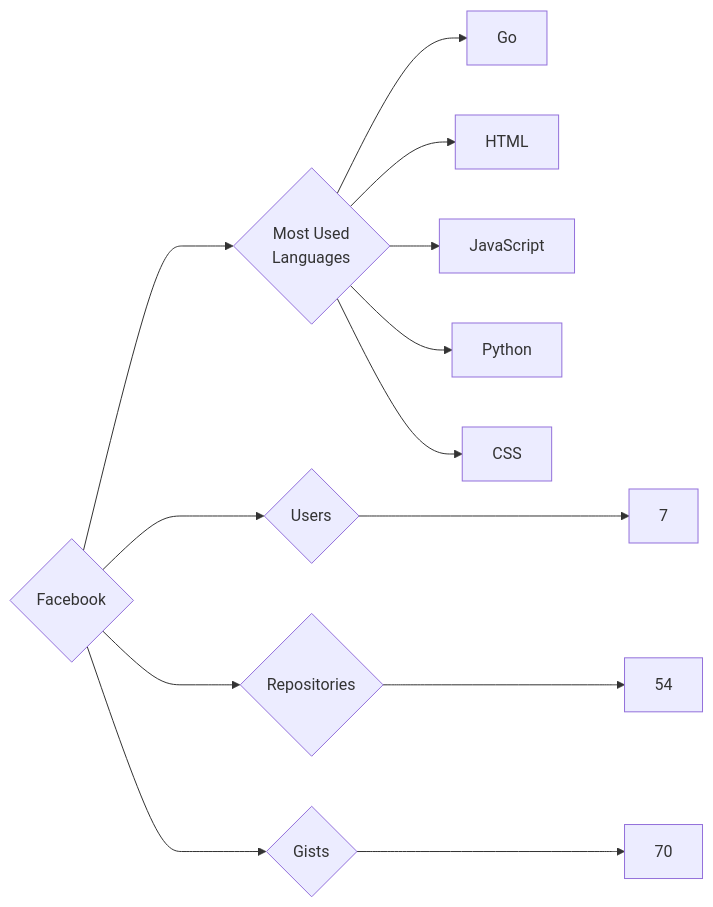
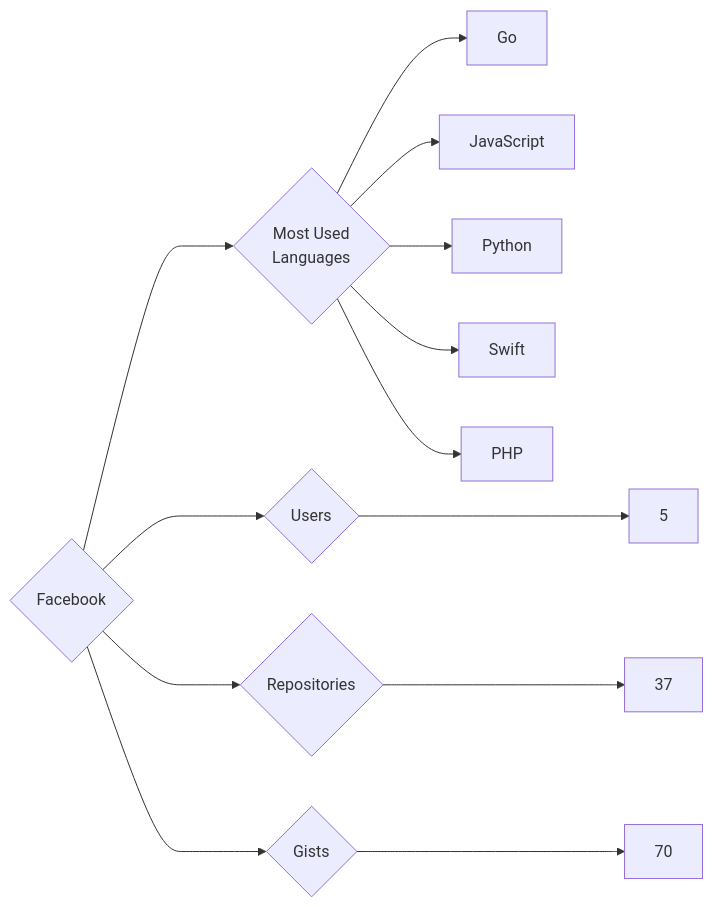
One commit to trickest/insiders changed the diagram in targets/Facebook/README.md. Above: the diagram before and after it, drawn with Mermaid. The commit also changed 880 other files, not shown here.

````diff
--- a/targets/Facebook/README.md
+++ b/targets/Facebook/README.md
@@ -3,13 +3,13 @@
 ```mermaid
 graph LR
 COMPANY_NAME{Facebook}
-COMPANY_NAME ---> U{Users} ---> UN[7]
-COMPANY_NAME ---> R{Repositories} ---> RN[54]
+COMPANY_NAME ---> U{Users} ---> UN[5]
+COMPANY_NAME ---> R{Repositories} ---> RN[37]
 COMPANY_NAME ---> G{Gists} ---> GN[70]
 COMPANY_NAME ---> ML{Most Used<br>Languages}
 ML --> Go[Go]
-ML --> HTML[HTML]
 ML --> JavaScript[JavaScript]
 ML --> Python[Python]
-ML --> CSS[CSS]
+ML --> Swift[Swift]
+ML --> PHP[PHP]
 ```
````
